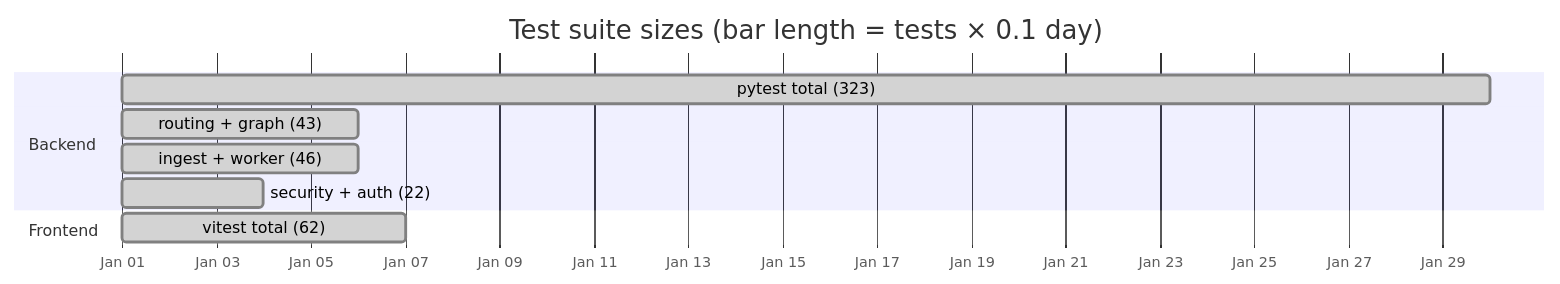
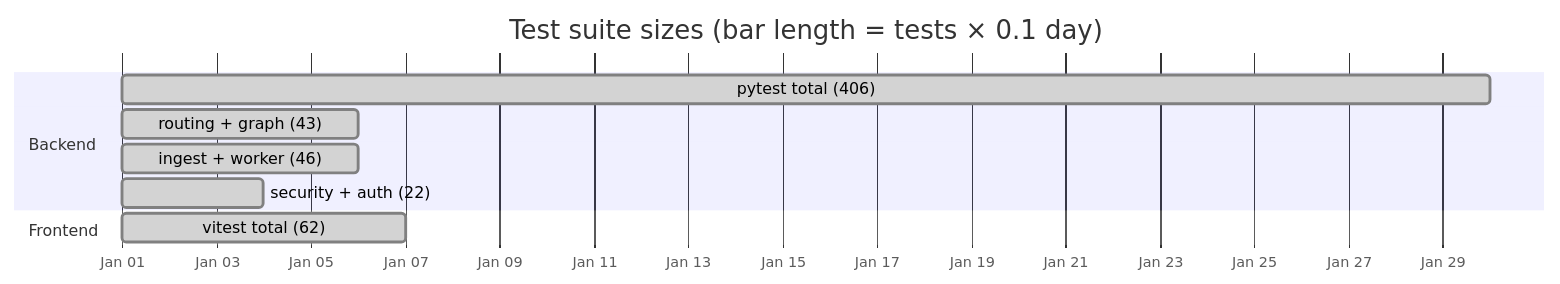
One commit to sheikhayaan/AUTOPR changed the seventh of 9 diagrams in README.md. Above: the diagram before and after it, drawn with Mermaid. The commit also changed other lines of this file and 26 other files, not shown here.

````diff
--- a/README.md
+++ b/README.md
@@ -847,13 +926,13 @@
 ```mermaid
 gantt
     title Test suite sizes (bar length = tests × 0.1 day)
     dateFormat YYYY-MM-DD
     axisFormat %b %d
     section Backend
-    pytest total (323)          :done, a1, 2026-01-01, 29d
+    pytest total (406)          :done, a1, 2026-01-01, 29d
     routing + graph (43)        :done, a2, 2026-01-01, 5d
     ingest + worker (46)        :done, a3, 2026-01-01, 5d
     security + auth (22)        :done, a4, 2026-01-01, 3d
     section Frontend
     vitest total (62)           :done, b1, 2026-01-01, 6d
 ```
````
